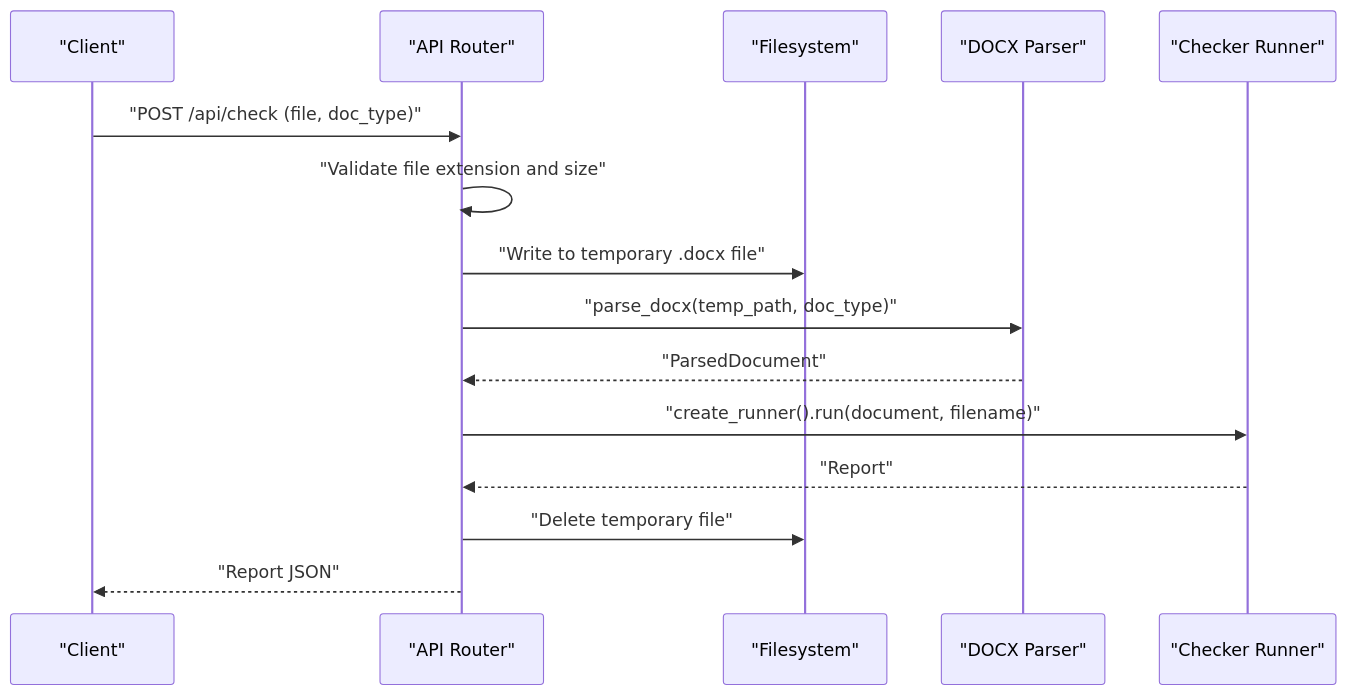
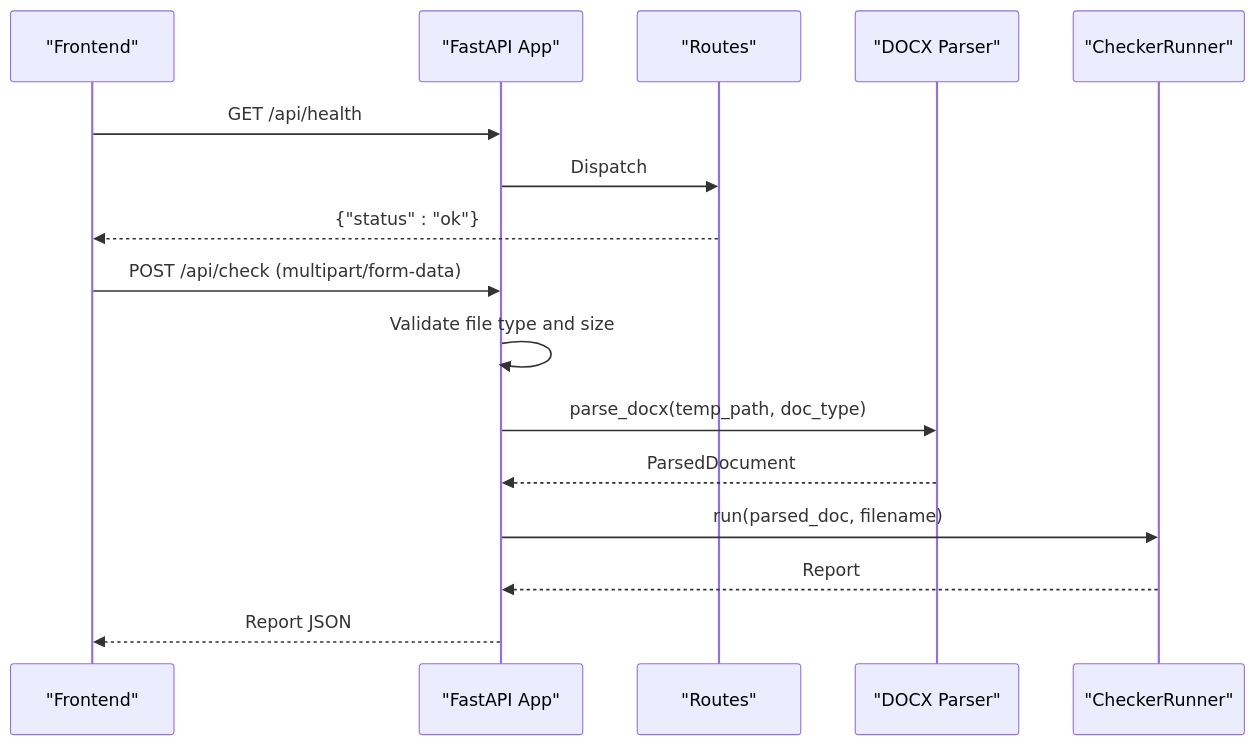
Before and after one commit to geekeraman/dissertation-checker: the third of 6 diagrams in .qoder/repowiki/en/content/Project Overview.md, drawn with Mermaid. The commit also changed other lines of this file and 88 other files, not shown here.

````diff
--- a/.qoder/repowiki/en/content/Project Overview.md
+++ b/.qoder/repowiki/en/content/Project Overview.md
@@ -171,17 +169,18 @@
 ```mermaid
 sequenceDiagram
-participant Client as "Client"
-participant Router as "API Router"
-participant FS as "Filesystem"
+participant Client as "Frontend"
+participant App as "FastAPI App"
+participant Router as "Routes"
 participant Parser as "DOCX Parser"
-participant Runner as "Checker Runner"
-Client->>Router : "POST /api/check (file, doc_type)"
-Router->>Router : "Validate file extension and size"
-Router->>FS : "Write to temporary .docx file"
-Router->>Parser : "parse_docx(temp_path, doc_type)"
-Parser-->>Router : "ParsedDocument"
-Router->>Runner : "create_runner().run(document, filename)"
-Runner-->>Router : "Report"
-Router->>FS : "Delete temporary file"
-Router-->>Client : "Report JSON"
+participant Runner as "CheckerRunner"
+Client->>App : GET /api/health
+App->>Router : Dispatch
+Router-->>Client : {"status" : "ok"}
+Client->>App : POST /api/check (multipart/form-data)
+App->>App : Validate file type and size
+App->>Parser : parse_docx(temp_path, doc_type)
+Parser-->>App : ParsedDocument
+App->>Runner : run(parsed_doc, filename)
+Runner-->>App : Report
+App-->>Client : Report JSON
 ```
````
